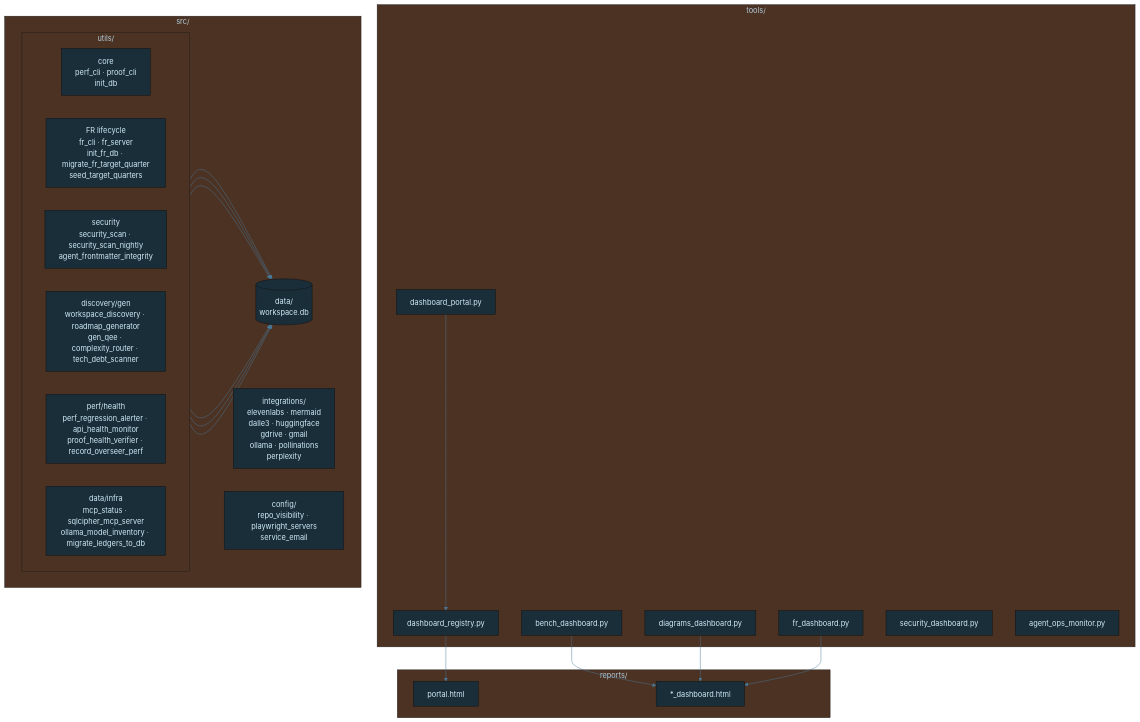
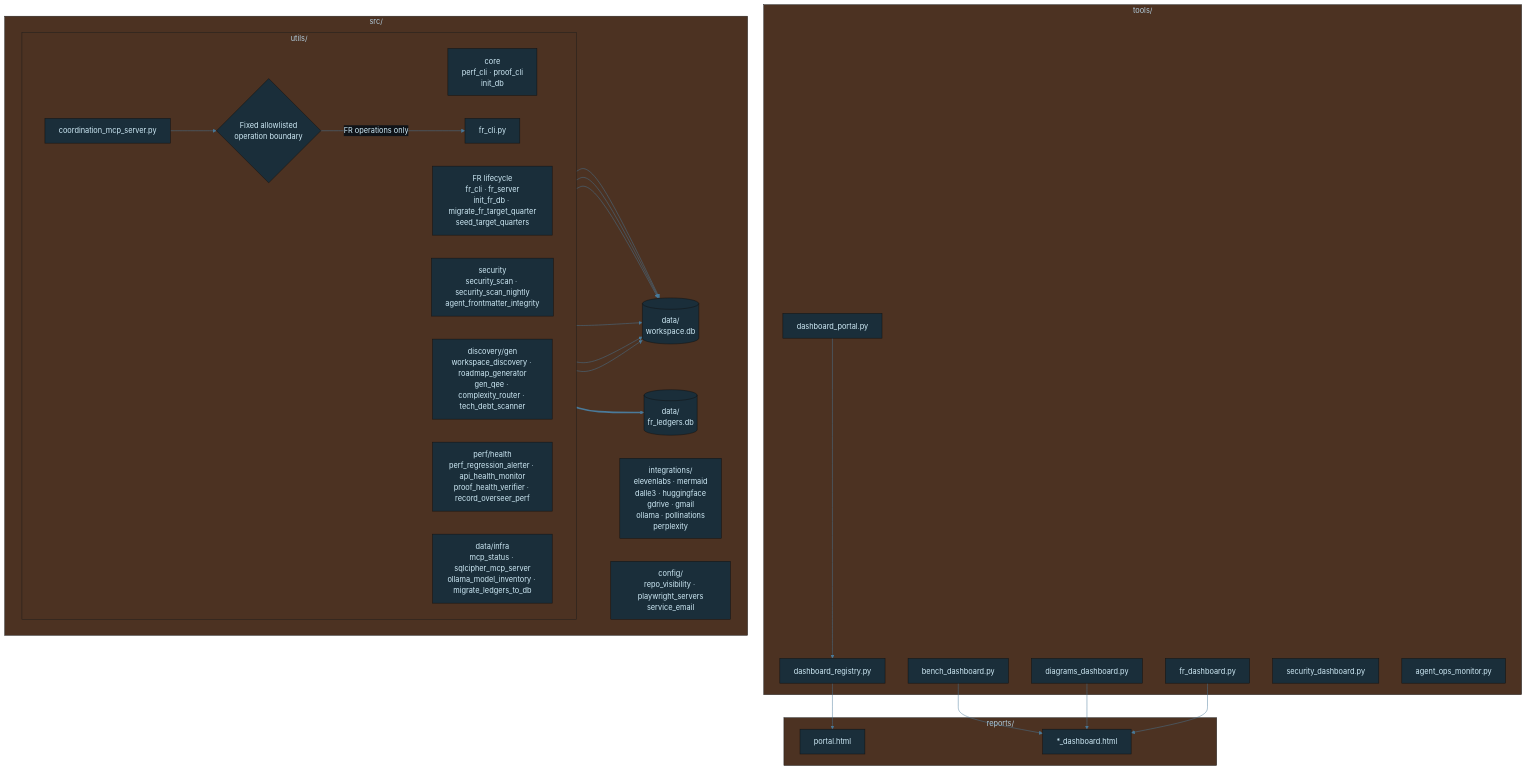
Before and after one commit to tylerdrakemusic/-Workspace: the diagram in diagrams/workspace-architecture-detail.mmd, drawn with Mermaid. The commit also changed 10 other files, not shown here.

Commit message:
⊕ workspace: govern coordination MCP coverage (FR-20260809-mcp-db-invocation-coverage)

```diff
--- a/diagrams/workspace-architecture-detail.mmd
+++ b/diagrams/workspace-architecture-detail.mmd
@@ -1,53 +1,60 @@
 %%{init: {'theme': 'base', 'themeVariables': {'primaryColor': '#1a2e3a', 'primaryTextColor': '#d0ecf8', 'edgeLabelBackground': '#0f1318', 'lineColor': '#4a7a9a'}}}%%
 graph TB
     subgraph Tools["tools/"]
         Portal[dashboard_portal.py]
         Registry[dashboard_registry.py]
         Bench[bench_dashboard.py]
         Diagrams[diagrams_dashboard.py]
         FR[fr_dashboard.py]
         Sec[security_dashboard.py]
         Ops[agent_ops_monitor.py]
     end
     subgraph Src["src/"]
         subgraph UtilsGroup["utils/"]
             direction LR
             UtilsCore[core<br/>perf_cli · proof_cli<br/>init_db]
             UtilsFR[FR lifecycle<br/>fr_cli · fr_server<br/>init_fr_db · migrate_fr_target_quarter<br/>seed_target_quarters]
             UtilsSec[security<br/>security_scan · security_scan_nightly<br/>agent_frontmatter_integrity]
             UtilsDiscovery[discovery/gen<br/>workspace_discovery · roadmap_generator<br/>gen_qee · complexity_router · tech_debt_scanner]
             UtilsPerf[perf/health<br/>perf_regression_alerter · api_health_monitor<br/>proof_health_verifier · record_overseer_perf]
             UtilsData[data/infra<br/>mcp_status · sqlcipher_mcp_server<br/>ollama_model_inventory · migrate_ledgers_to_db]
+            CoordinationMCP[coordination_mcp_server.py]
+            FRCLI[fr_cli.py]
+            Allowlist{Fixed allowlisted<br/>operation boundary}
         end
         Integrations[integrations/<br/>elevenlabs · mermaid<br/>dalle3 · huggingface<br/>gdrive · gmail<br/>ollama · pollinations<br/>perplexity]
         Config[config/<br/>repo_visibility · playwright_servers<br/>service_email]
         Data[(data/<br/>workspace.db)]
+        FRLedger[(data/<br/>fr_ledgers.db)]
     end
     subgraph Reports["reports/"]
         PortalHtml[portal.html]
         Dashes[*_dashboard.html]
     end
     Portal --> Registry
     Registry --> PortalHtml
     Bench --> Dashes
     Diagrams --> Dashes
     FR --> Dashes
     UtilsCore --> Data
     UtilsFR --> Data
     UtilsSec --> Data
     UtilsDiscovery --> Data
     UtilsPerf --> Data
     UtilsData --> Data
+    CoordinationMCP --> Allowlist
+    Allowlist -->|FR operations only| FRCLI
+    FRCLI ==> FRLedger
     class Tools tool
     class Src src
     class Reports out
 
 classDef life     fill:#1a2e3a,stroke:#6ab4d4,color:#d0ecf8
 classDef music    fill:#3a1a24,stroke:#d47a8f,color:#f8d0dc
 classDef quantum  fill:#251a3a,stroke:#a07adf,color:#e8d0f8
 classDef manifest fill:#3a2e1a,stroke:#d4a96a,color:#f8ead0
 classDef ws       fill:#1a3a30,stroke:#6ad4b4,color:#d0f8ee
 classDef tyler    fill:#2a1a3a,stroke:#9e4aff,color:#fff
 classDef ext      fill:#3a2020,stroke:#ff7a7a,color:#ffd0d0
 classDef db       fill:#3a3010,stroke:#d4c050,color:#f8f0c0
 classDef state    fill:#1a1a1a,stroke:#888888,color:#cccccc
```
